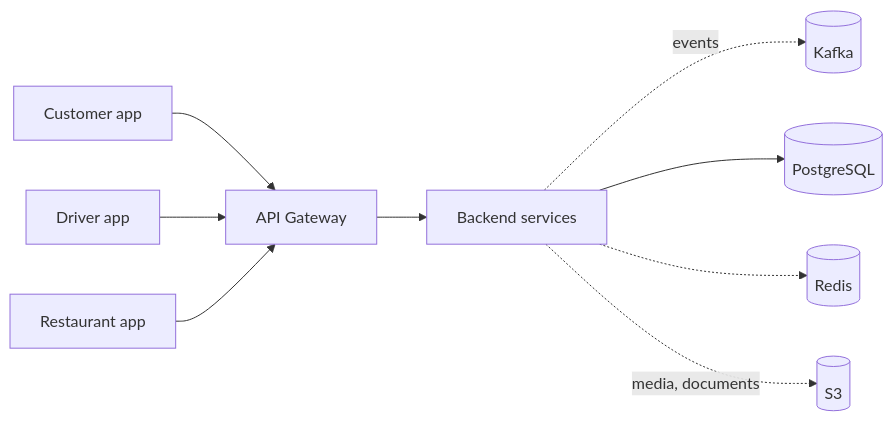
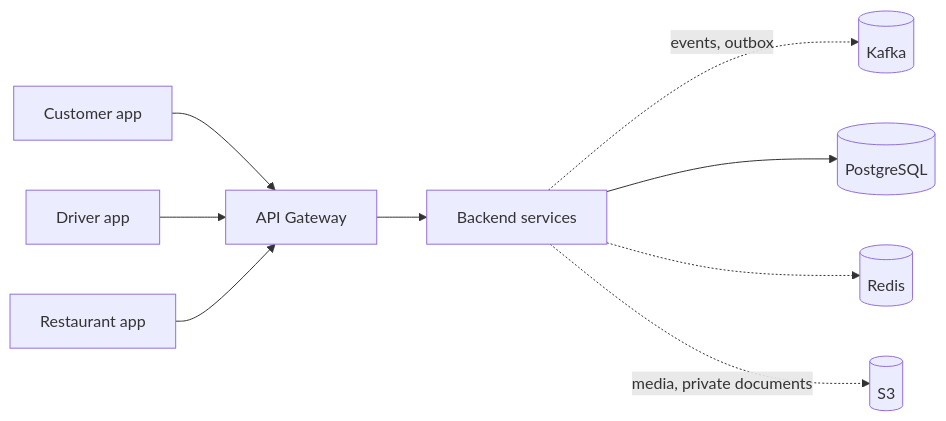
Before and after one commit to Delivery-Plus0/.github: the diagram in profile/README.md, drawn with Mermaid. The commit also changed other lines of this file and 7 other files, not shown here.

````diff
--- a/profile/README.md
+++ b/profile/README.md
@@ -47,11 +44,11 @@
 ```mermaid
 flowchart LR
     C[Customer app] --> GW[API Gateway]
     D[Driver app] --> GW
     R[Restaurant app] --> GW
     GW --> S[Backend services]
-    S -.->|events| K[(Kafka)]
+    S -.->|events, outbox| K[(Kafka)]
     S --> PG[(PostgreSQL)]
     S -.-> RD[(Redis)]
-    S -.->|media, documents| S3[(S3)]
+    S -.->|media, private documents| S3[(S3)]
 ```
````
